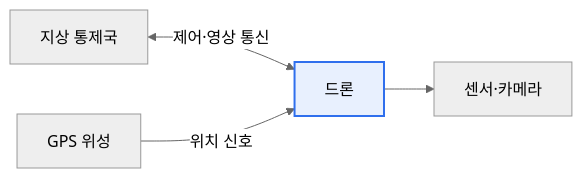
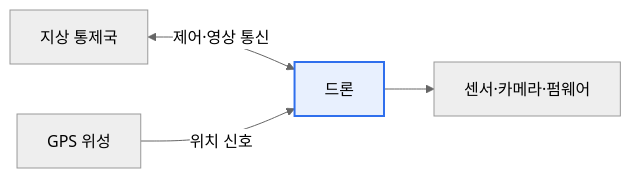
One commit to coninggu/wjdqhrhksflrltnftk changed the diagram in content/drone-security.md. Above: the diagram before and after it, drawn with Mermaid (neutral theme). The commit also changed other lines of this file and 5 other files, not shown here.

````diff
--- a/content/drone-security.md
+++ b/content/drone-security.md
@@ -12,7 +15,7 @@
 ```mermaid
 flowchart LR
   G[지상 통제국] <-->|"제어·영상 통신"| D[드론]
   S[GPS 위성] -->|위치 신호| D
-  D --> A[센서·카메라]
+  D --> A[센서·카메라·펌웨어]
   style D fill:#e8f0fe,stroke:#2f6fed,stroke-width:2px
 ```
````
